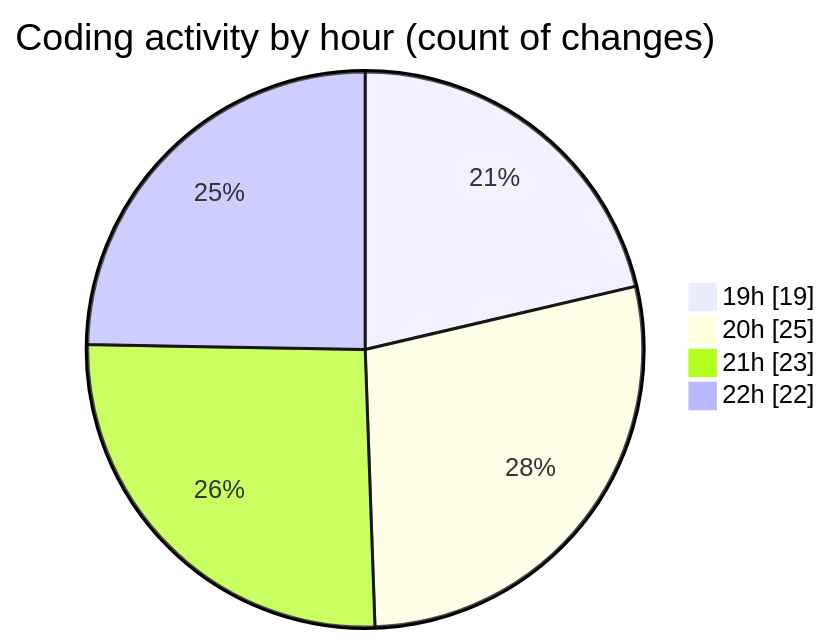
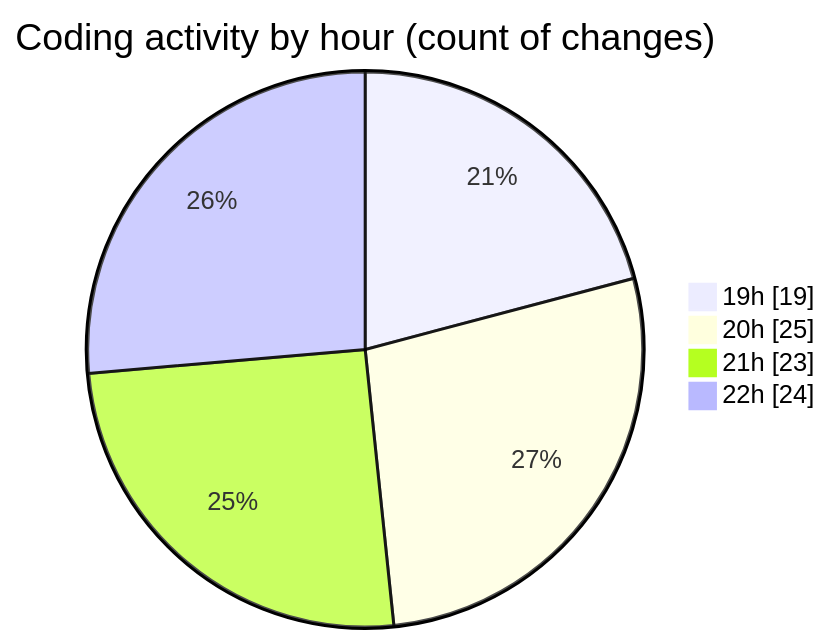
The second of 2 diagrams in 2025-05-12/news-clock-system-caspercg/README.md (momahboobian/code-tracking), drawn with Mermaid before and after one commit. The commit also changed other lines of this file and 1 other file, not shown here.

````diff
--- a/2025-05-12/news-clock-system-caspercg/README.md
+++ b/2025-05-12/news-clock-system-caspercg/README.md
@@ -44,8 +44,8 @@
 ```mermaid
 pie showData
 title Coding activity by hour (count of changes)
 "19h" : 19
 "20h" : 25
 "21h" : 23
-"22h" : 22
+"22h" : 24
 ```
````
